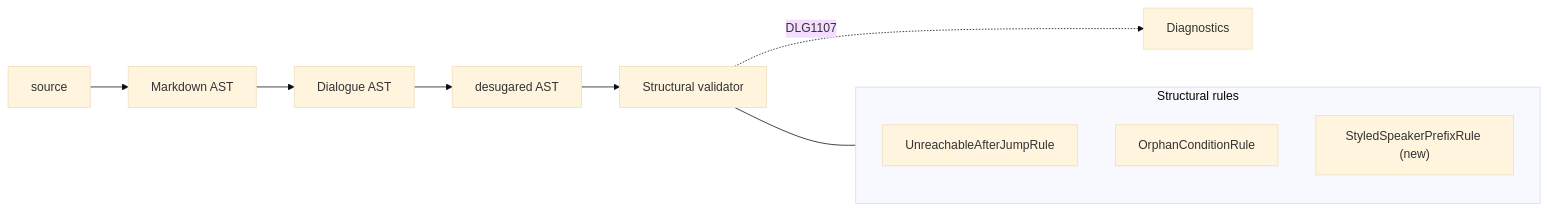
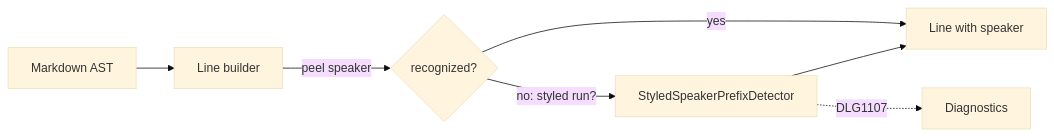
One commit to pengzhengyi/dialoguedown changed the diagram in docs/contributing/design-notes/Styled Speaker Prefix Diagnostic.md. Above: the diagram before and after it, drawn with Mermaid (base theme). The commit also changed other lines of this file, not shown here.

First line of the commit message:
docs(design): revise the styled-speaker note for transpiler emission

````diff
--- a/docs/contributing/design-notes/Styled Speaker Prefix Diagnostic.md
+++ b/docs/contributing/design-notes/Styled Speaker Prefix Diagnostic.md
@@ -118,12 +121,9 @@
 ```mermaid
 flowchart LR
-    SRC["source"] --> MD["Markdown AST"] --> AST["Dialogue AST"]
-    AST --> DES["desugared AST"] --> VAL["Structural validator"]
-    VAL -. "DLG1107" .-> DIAG["Diagnostics"]
-    subgraph rules["Structural rules"]
-        R1["UnreachableAfterJumpRule"]
-        R2["OrphanConditionRule"]
-        R3["StyledSpeakerPrefixRule (new)"]
-    end
-    VAL --- rules
+    MD["Markdown AST"] --> LB["Line builder"]
+    LB -->|"peel speaker"| PEEL{"recognized?"}
+    PEEL -->|"yes"| LINE["Line with speaker"]
+    PEEL -->|"no: styled run?"| DET["StyledSpeakerPrefixDetector"]
+    DET -. "DLG1107" .-> DIAG["Diagnostics"]
+    DET --> LINE
 ```
````
